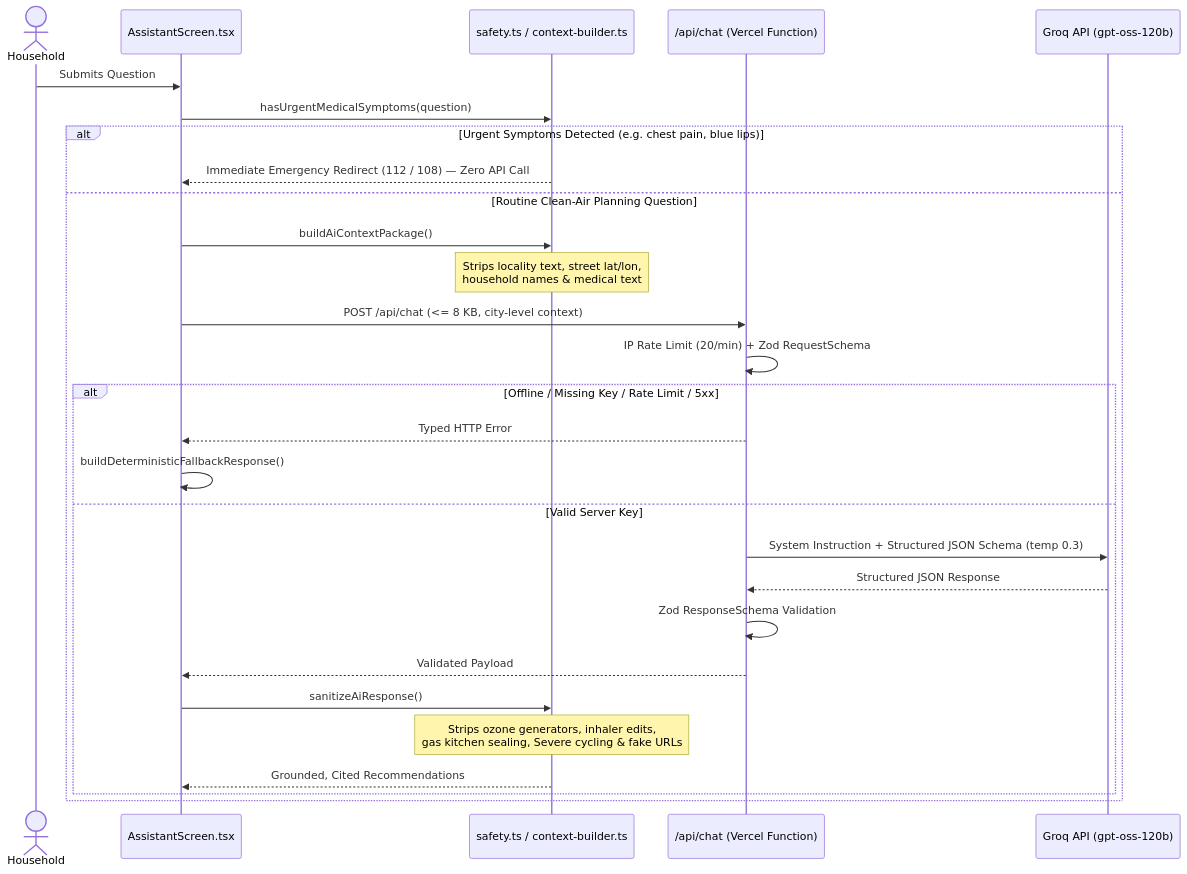
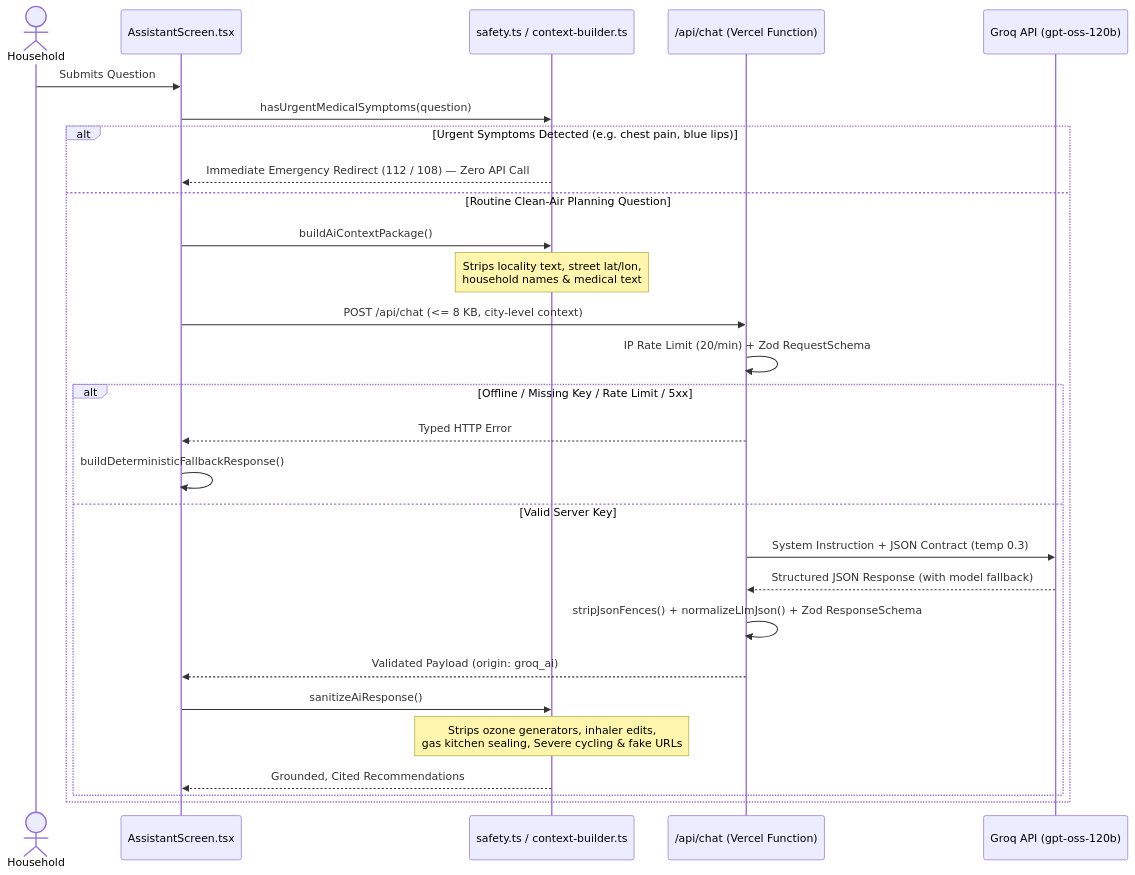
One commit to SuBhAm6G/Challenge-6 changed the fifth of 5 diagrams in README.md. Above: the diagram before and after it, drawn with Mermaid. The commit also changed other lines of this file and 85 other files, not shown here.

````diff
--- a/README.md
+++ b/README.md
@@ -180,31 +196,31 @@
 ```mermaid
 sequenceDiagram
     actor Household
     participant UI as AssistantScreen.tsx
     participant Guard as safety.ts / context-builder.ts
     participant API as /api/chat (Vercel Function)
-    participant Gemini as Groq API (gpt-oss-120b)
+    participant Groq as Groq API (gpt-oss-120b)
 
     Household->>UI: Submits Question
     UI->>Guard: hasUrgentMedicalSymptoms(question)
     alt Urgent Symptoms Detected (e.g. chest pain, blue lips)
         Guard-->>UI: Immediate Emergency Redirect (112 / 108) — Zero API Call
     else Routine Clean-Air Planning Question
         UI->>Guard: buildAiContextPackage()
         Note over Guard: Strips locality text, street lat/lon,<br/>household names & medical text
         UI->>API: POST /api/chat (<= 8 KB, city-level context)
         API->>API: IP Rate Limit (20/min) + Zod RequestSchema
         alt Offline / Missing Key / Rate Limit / 5xx
             API-->>UI: Typed HTTP Error
             UI->>UI: buildDeterministicFallbackResponse()
         else Valid Server Key
-            API->>Gemini: System Instruction + Structured JSON Schema (temp 0.3)
-            Gemini-->>API: Structured JSON Response
-            API->>API: Zod ResponseSchema Validation
-            API-->>UI: Validated Payload
+            API->>Groq: System Instruction + JSON Contract (temp 0.3)
+            Groq-->>API: Structured JSON Response (with model fallback)
+            API->>API: stripJsonFences() + normalizeLlmJson() + Zod ResponseSchema
+            API-->>UI: Validated Payload (origin: groq_ai)
             UI->>Guard: sanitizeAiResponse()
             Note over Guard: Strips ozone generators, inhaler edits,<br/>gas kitchen sealing, Severe cycling & fake URLs
             Guard-->>UI: Grounded, Cited Recommendations
         end
     end
 ```
````
